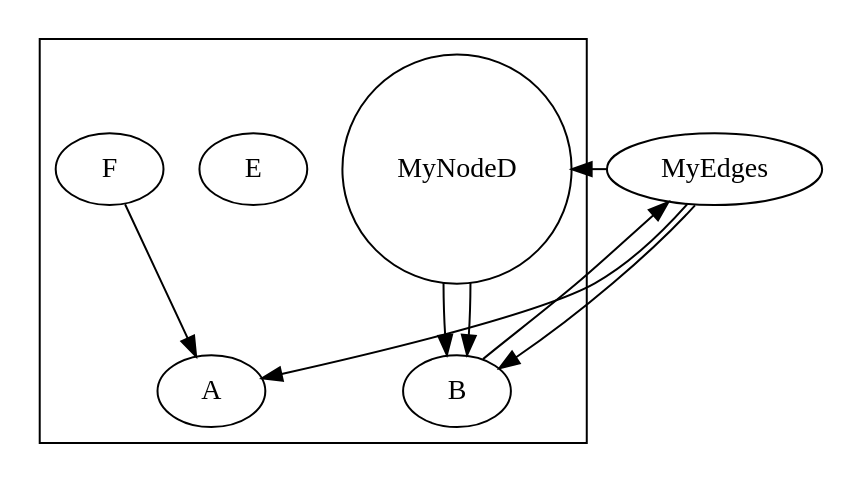
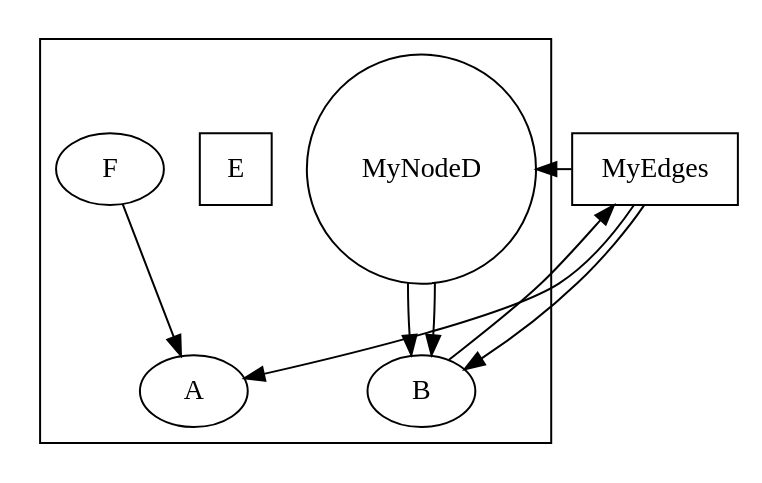
The diagram in UnitTests/TestExamples/example.dot (jjermann/sharpgraph), drawn with Graphviz before and after one commit. The commit also changed 8 other files, not shown here.

Commit message:
rename GraphViewModelHelper to WpfHelper, start allowing arbitrary shapes for nodes

```diff
--- a/UnitTests/TestExamples/example.dot
+++ b/UnitTests/TestExamples/example.dot
@@ -1,16 +1,16 @@
 digraph {
   A
   B->C->{
     A; D; {
 	  A; B
 	}
   }
-  C [label="MyEdges"]
+  C [label="MyEdges", shape="rect"]
   D->B
   D [label="MyNodeD", shape="circle"];
   subgraph cluster0 {
-    E
+    E [shape="square"]
 	F->A
 	D->B
   }
 }
```
